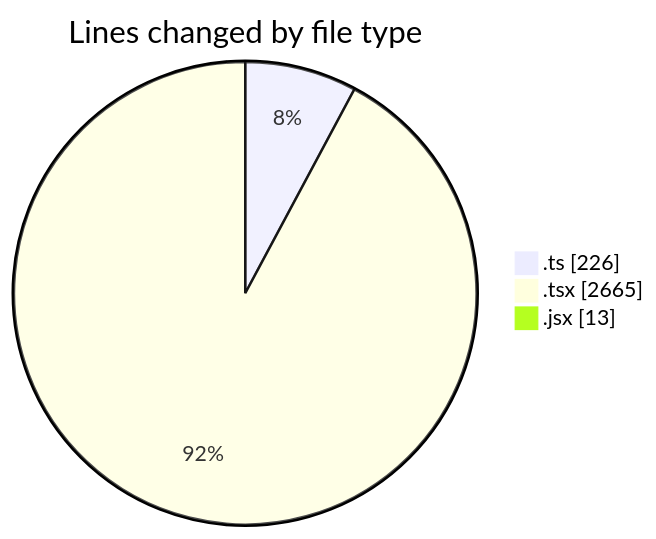
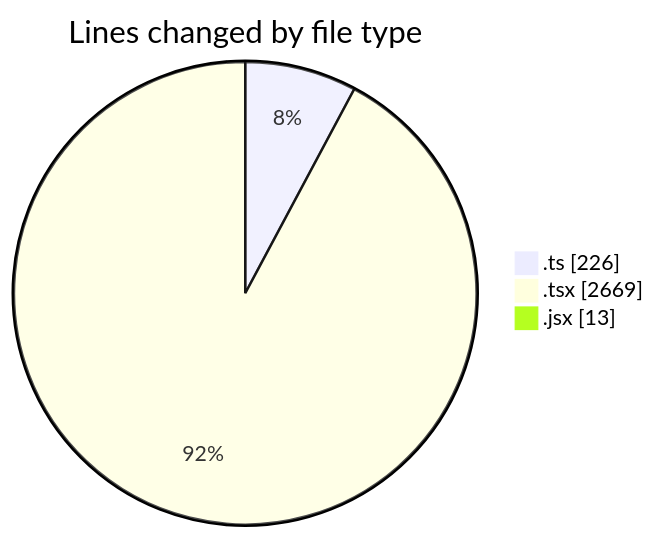
One commit to momahboobian/code-tracking changed the first of 2 diagrams in 2025-12-02/cda/README.md. Above: the diagram before and after it, drawn with Mermaid. The commit also changed other lines of this file and 1 other file, not shown here.

````diff
--- a/2025-12-02/cda/README.md
+++ b/2025-12-02/cda/README.md
@@ -29,7 +29,7 @@
 ```mermaid
 pie showData
 title Lines changed by file type
 ".ts" : 226
-".tsx" : 2665
+".tsx" : 2669
 ".jsx" : 13
 ```
````
